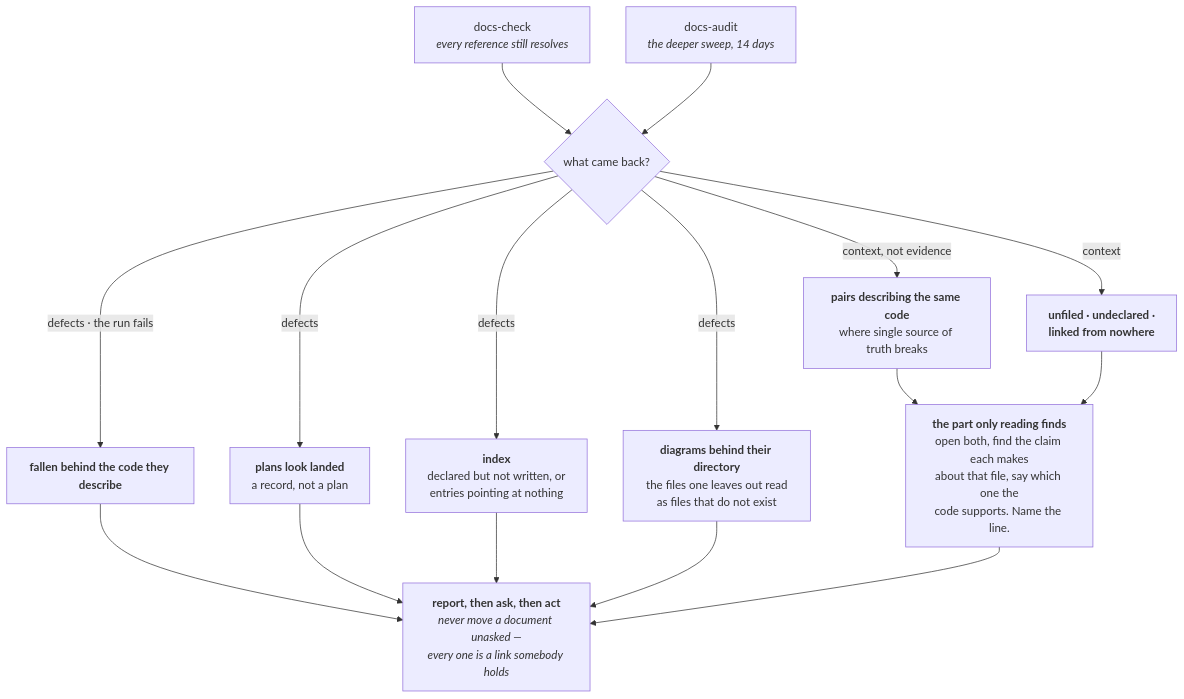
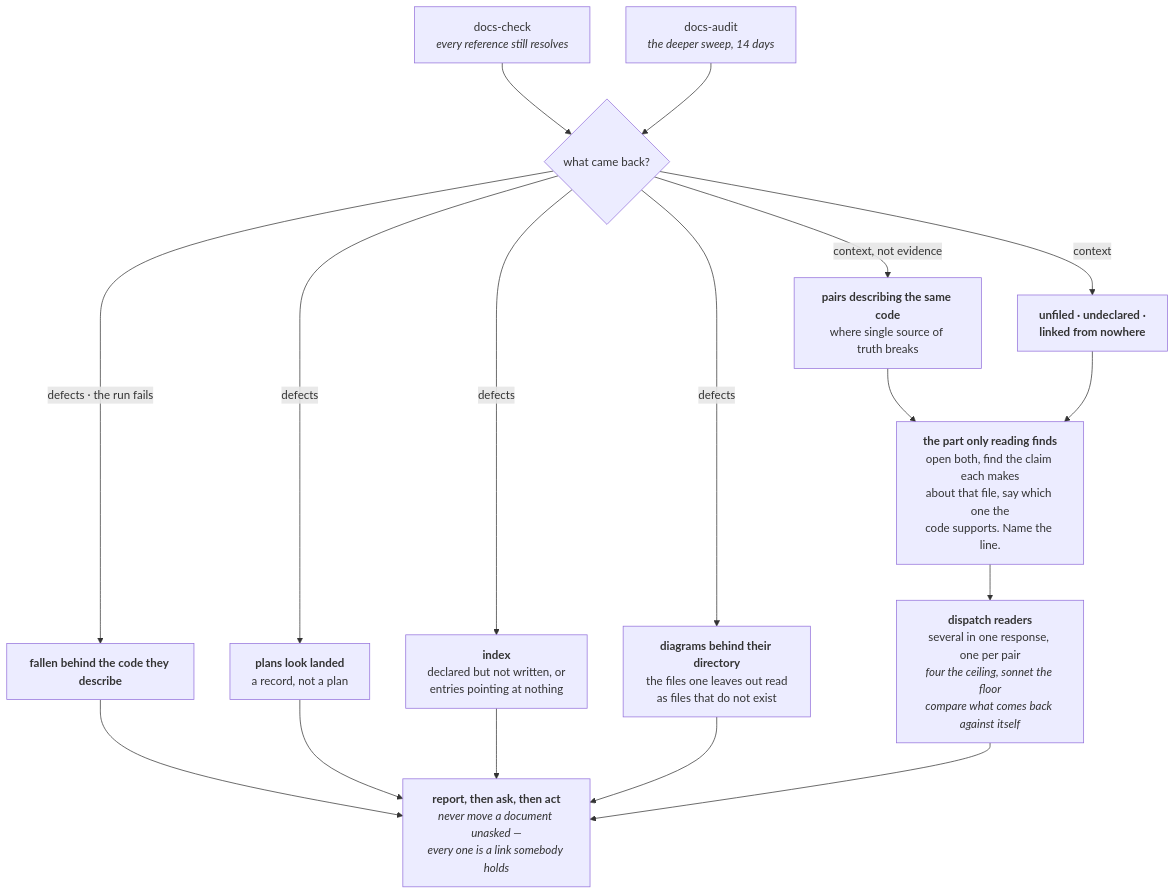
The seventh of 8 diagrams in docs/pipeline.md (FanFantom9452/FanKeel), drawn with Mermaid before and after one commit. The commit also changed other lines of this file and 3 other files, not shown here.

````diff
--- a/docs/pipeline.md
+++ b/docs/pipeline.md
@@ -519,30 +521,32 @@
 ```mermaid
 flowchart TD
     A["docs-check<br/><i>every reference still resolves</i>"]
     B["docs-audit<br/><i>the deeper sweep, 14 days</i>"]
     C{"what came back?"}
     D1["<b>fallen behind the code they describe</b>"]
     D2["<b>plans look landed</b><br/>a record, not a plan"]
     D3["<b>index</b><br/>declared but not written, or<br/>entries pointing at nothing"]
     D4["<b>diagrams behind their directory</b><br/>the files one leaves out read<br/>as files that do not exist"]
     E1["<b>pairs describing the same code</b><br/>where single source of truth breaks"]
     E2["<b>unfiled · undeclared ·<br/>linked from nowhere</b>"]
     F["<b>the part only reading finds</b><br/>open both, find the claim each makes<br/>about that file, say which one the<br/>code supports. Name the line."]
+    F1["<b>dispatch readers</b><br/>several in one response, one per pair<br/><i>four the ceiling, sonnet the floor</i><br/><i>compare what comes back against itself</i>"]
     G["<b>report, then ask, then act</b><br/><i>never move a document unasked —<br/>every one is a link somebody holds</i>"]
 
     A --> C
     B --> C
     C -- "defects · the run fails" --> D1
     C -- "defects" --> D2
     C -- "defects" --> D3
     C -- "defects" --> D4
     C -- "context, not evidence" --> E1
     C -- "context" --> E2
     E1 --> F
     E2 --> F
     D1 --> G
     D2 --> G
     D3 --> G
     D4 --> G
-    F --> G
+    F --> F1
+    F1 --> G
 ```
````
